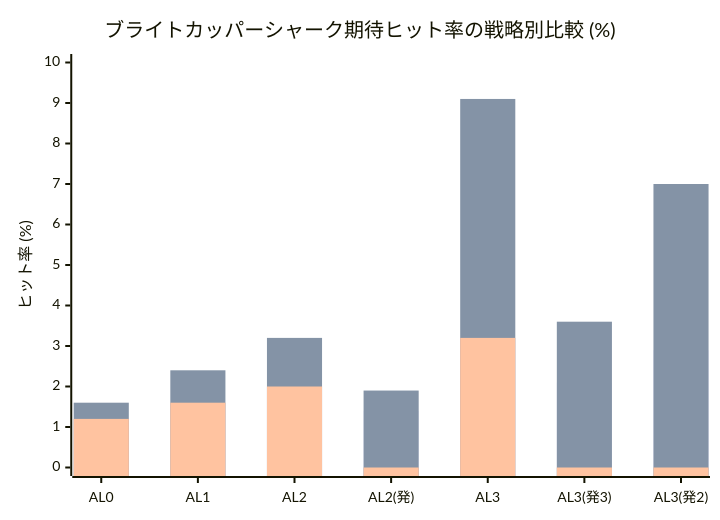
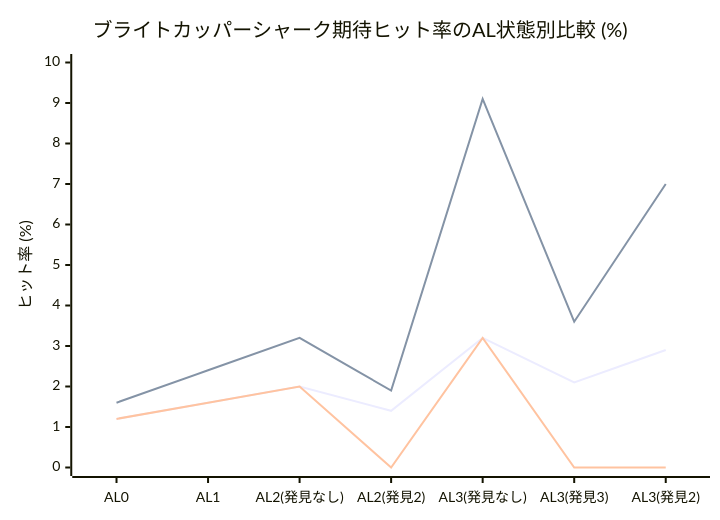
Before and after one commit to york14/pj_game_archive: the diagram in _posts/2026-05-14-ff14_canal_town_north_fishing_analysis_1.md, drawn with Mermaid. The commit also changed other lines of this file, not shown here.

````diff
--- a/_posts/2026-05-14-ff14_canal_town_north_fishing_analysis_1.md
+++ b/_posts/2026-05-14-ff14_canal_town_north_fishing_analysis_1.md
@@ -157,9 +146,9 @@
 ```mermaid
 xychart-beta
-    title "ブライトカッパーシャーク期待ヒット率の戦略別比較 (%)"
-    x-axis ["AL0", "AL1", "AL2", "AL2(発)", "AL3", "AL3(発3)", "AL3(発2)"]
+    title "ブライトカッパーシャーク期待ヒット率のAL状態別比較 (%)"
+    x-axis ["AL0", "AL1", "AL2(発見なし)", "AL2(発見2)", "AL3(発見なし)", "AL3(発見3)", "AL3(発見2)"]
     y-axis "ヒット率 (%)" 0 --> 10
-    bar [1.2, 1.6, 2.0, 1.4, 3.2, 2.1, 2.9]
-    bar [1.6, 2.4, 3.2, 1.9, 9.1, 3.6, 7.0]
-    bar [1.2, 1.6, 2.0, 0, 3.2, 0, 0]
+    line [1.2, 1.6, 2.0, 1.4, 3.2, 2.1, 2.9]
+    line [1.6, 2.4, 3.2, 1.9, 9.1, 3.6, 7.0]
+    line [1.2, 1.6, 2.0, 0, 3.2, 0, 0]
 ```
````
